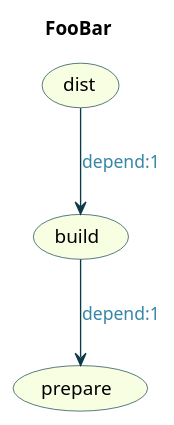
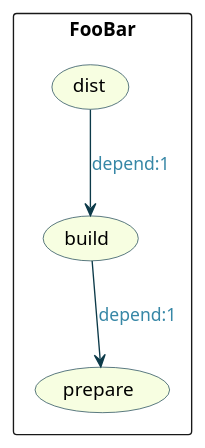
One commit to jawira/phing-visualizer changed the diagram in resources/puml/phing-doc.puml. Above: the diagram before and after it, drawn with PlantUML. The commit also changed 6 other files, not shown here.

```diff
--- a/resources/puml/phing-doc.puml
+++ b/resources/puml/phing-doc.puml
@@ -1,19 +1,20 @@
 @startuml
 
-title FooBar
 skinparam Arrow {
-    Color #0C3A49
-    FontColor #3787A6
+Color #0C3A49
+FontColor #3787A6
 }
 skinparam Usecase {
-    BackgroundColor #F7FEE1
-    BorderColor #0C3A49
+BackgroundColor #F7FEE1
+BorderColor #0C3A49
 }
 
+rectangle "FooBar" {
 (prepare)
 (build)
 (dist)
+}
 
 (build) --> (prepare) : depend:1
 (dist) --> (build) : depend:1
 @enduml
```
